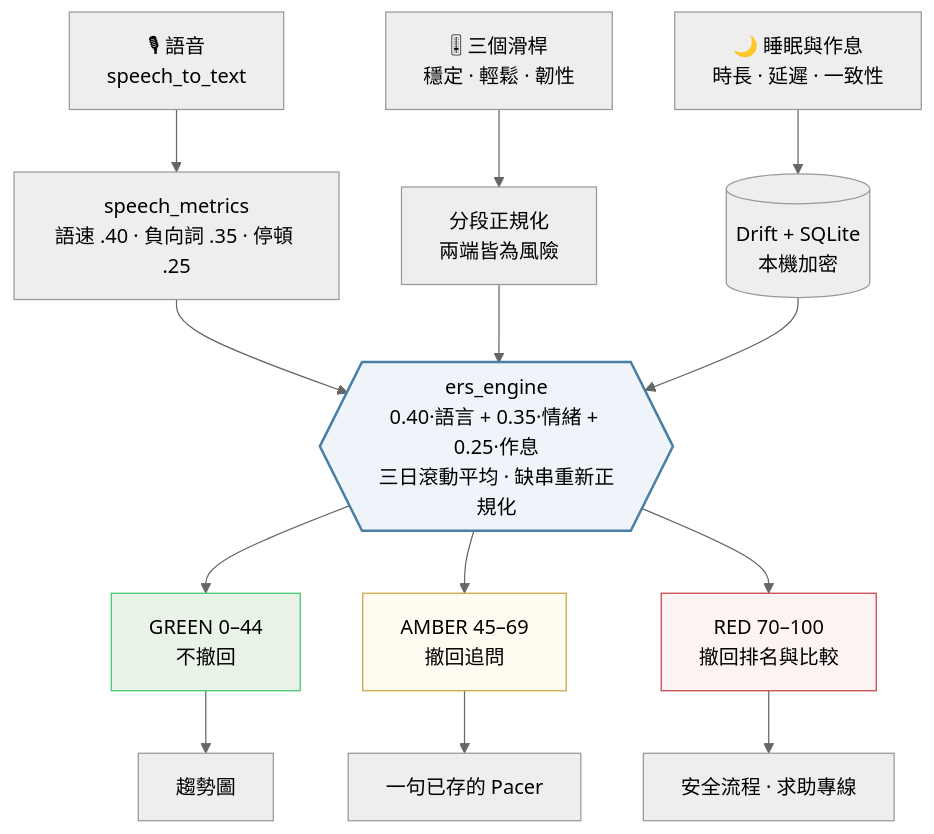
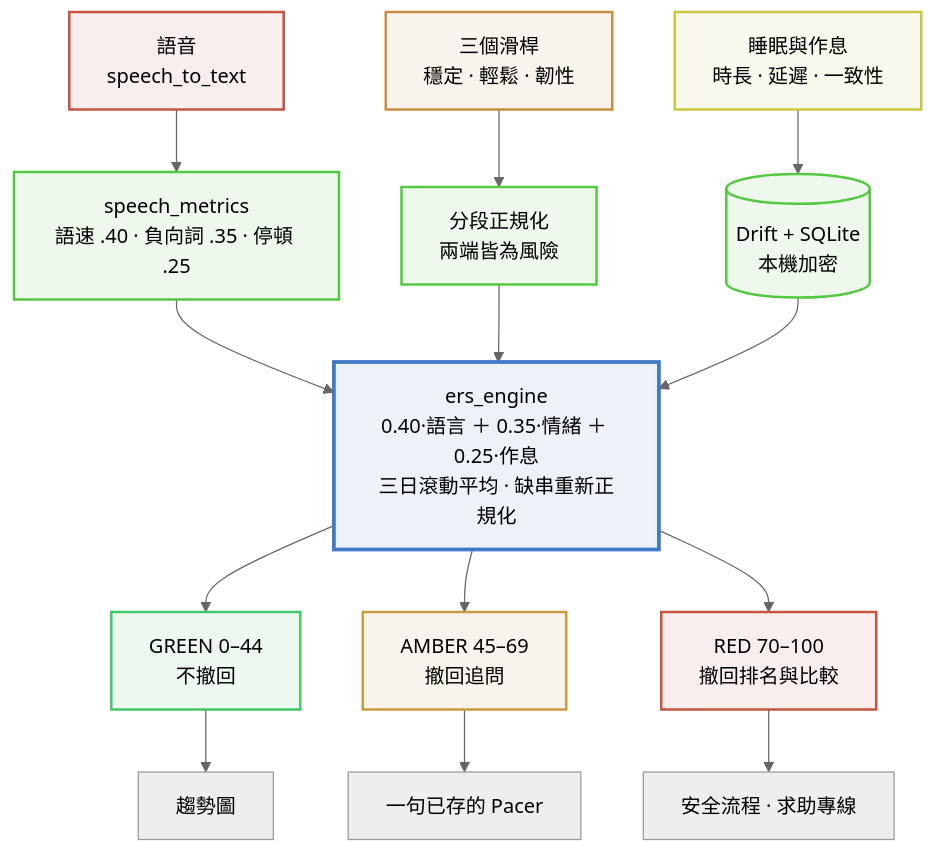
Before and after one commit to acacapcs-star/lii: the first of 3 diagrams in README.zh-TW.md, drawn with Mermaid (neutral theme). The commit also changed other lines of this file and 1 other file, not shown here.

Commit message:
docs: diagrams use the app palette, strictly bilingual

````diff
--- a/README.zh-TW.md
+++ b/README.zh-TW.md
@@ -510,38 +446,44 @@
 ```mermaid
 flowchart TD
-    V["🎙 語音<br/>speech_to_text"]
-    S["🎚 三個滑桿<br/>穩定 · 輕鬆 · 韌性"]
-    R["🌙 睡眠與作息<br/>時長 · 延遲 · 一致性"]
+    V["語音<br/>speech_to_text"]
+    S["三個滑桿<br/>穩定 · 輕鬆 · 韌性"]
+    R["睡眠與作息<br/>時長 · 延遲 · 一致性"]
 
     VM["speech_metrics<br/>語速 .40 · 負向詞 .35 · 停頓 .25"]
     SN["分段正規化<br/>兩端皆為風險"]
     DB[("Drift + SQLite<br/>本機加密")]
 
-    ENG{{"ers_engine<br/>0.40·語言 + 0.35·情緒 + 0.25·作息<br/>三日滾動平均 · 缺串重新正規化"}}
+    ENG["ers_engine<br/>0.40·語言 ＋ 0.35·情緒 ＋ 0.25·作息<br/>三日滾動平均 · 缺串重新正規化"]
 
     G["GREEN 0–44<br/>不撤回"]
     A["AMBER 45–69<br/>撤回追問"]
     RD["RED 70–100<br/>撤回排名與比較"]
 
     T1["趨勢圖"]
     T2["一句已存的 Pacer"]
     T3["安全流程 · 求助專線"]
 
     V --> VM
     S --> SN
     R --> DB
     VM --> ENG
     SN --> ENG
     DB --> ENG
     ENG --> G
     ENG --> A
     ENG --> RD
     G --> T1
     A --> T2
     RD --> T3
 
-    style ENG fill:#eef4f9,stroke:#4a7fa5,stroke-width:2px
-    style G fill:#e9f3e7,stroke:#41c86f
-    style A fill:#fffbf0,stroke:#c8a341
-    style RD fill:#fdf3f3,stroke:#c84147
+    style V fill:#F8EEED,stroke:#C85341,stroke-width:2px
+    style S fill:#F8F3ED,stroke:#C88E41,stroke-width:2px
+    style R fill:#F8F8ED,stroke:#C8C841,stroke-width:2px
+    style VM fill:#EEF8ED,stroke:#53C841,stroke-width:2px
+    style SN fill:#EEF8ED,stroke:#53C841,stroke-width:2px
+    style DB fill:#EEF8ED,stroke:#53C841,stroke-width:2px
+    style ENG fill:#EDF1F8,stroke:#4179C8,stroke-width:3px
+    style G fill:#EDF8F0,stroke:#41C86A,stroke-width:2px
+    style A fill:#F8F4ED,stroke:#C89B41,stroke-width:2px
+    style RD fill:#F8EEED,stroke:#C85341,stroke-width:2px
 ```
````
